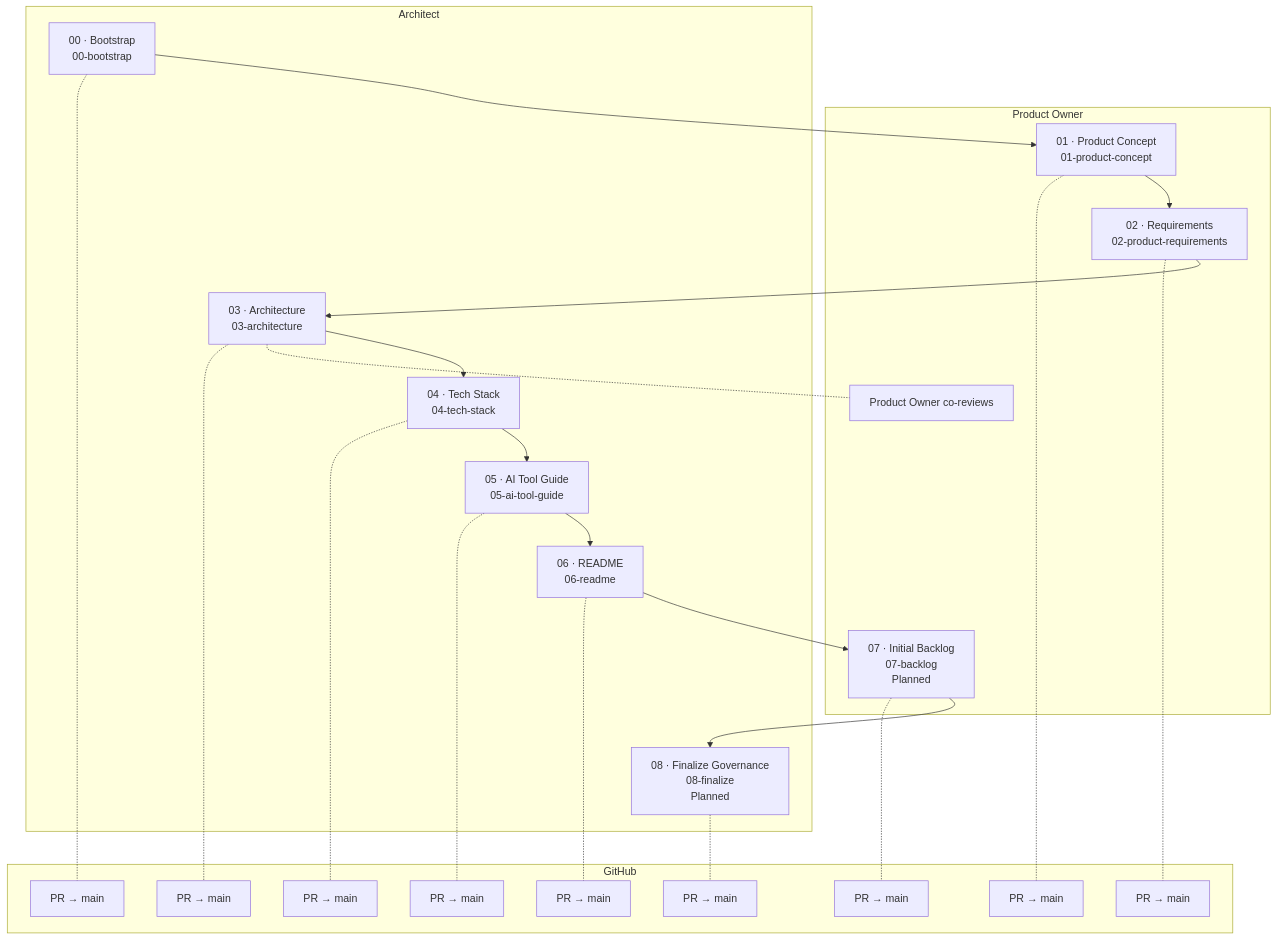
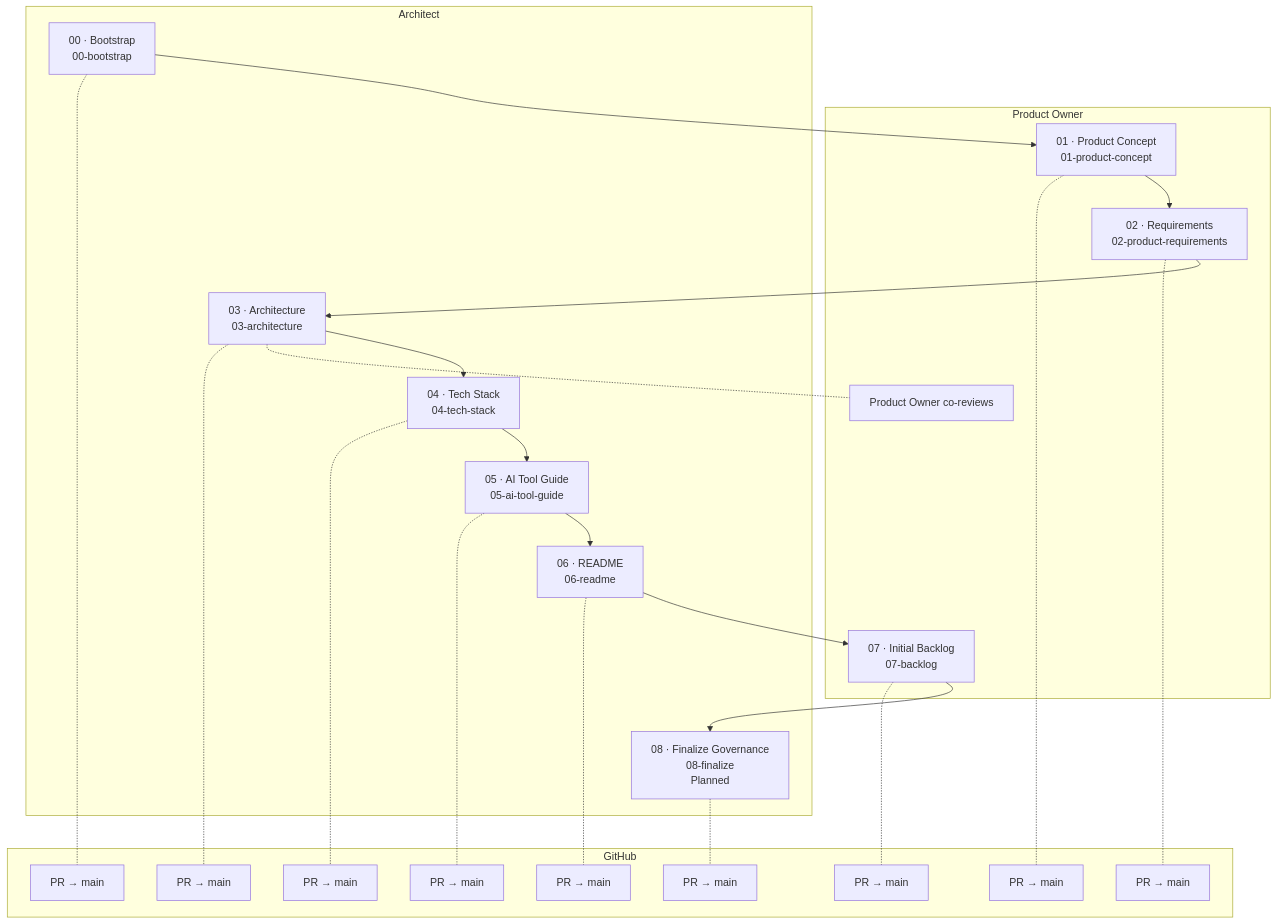
The first of 3 diagrams in docs/guides/Cuevik-Plugins_Walkthrough.md (viralparikh-dev/cuevik-plugins), drawn with Mermaid before and after one commit. The commit also changed other lines of this file and 12 other files, not shown here.

````diff
--- a/docs/guides/Cuevik-Plugins_Walkthrough.md
+++ b/docs/guides/Cuevik-Plugins_Walkthrough.md
@@ -80,46 +80,46 @@
 ```mermaid
 flowchart TB
   subgraph PO["Product Owner"]
     M1["01 · Product Concept<br/>01-product-concept"]
     M2["02 · Requirements<br/>02-product-requirements"]
     S3_1["Product Owner co-reviews"]
-    M7["07 · Initial Backlog<br/>07-backlog<br/>Planned"]
+    M7["07 · Initial Backlog<br/>07-backlog"]
   end
   subgraph AR["Architect"]
     M0["00 · Bootstrap<br/>00-bootstrap"]
     M3["03 · Architecture<br/>03-architecture"]
     M4["04 · Tech Stack<br/>04-tech-stack"]
     M5["05 · AI Tool Guide<br/>05-ai-tool-guide"]
     M6["06 · README<br/>06-readme"]
     M8["08 · Finalize Governance<br/>08-finalize<br/>Planned"]
   end
   subgraph GH["GitHub"]
     S0_0["PR → main"]
     S1_0["PR → main"]
     S2_0["PR → main"]
     S3_0["PR → main"]
     S4_0["PR → main"]
     S5_0["PR → main"]
     S6_0["PR → main"]
     S7_0["PR → main"]
     S8_0["PR → main"]
   end
   M0 -.- S0_0
   M0 --> M1
   M1 -.- S1_0
   M1 --> M2
   M2 -.- S2_0
   M2 --> M3
   M3 -.- S3_0
   M3 -.- S3_1
   M3 --> M4
   M4 -.- S4_0
   M4 --> M5
   M5 -.- S5_0
   M5 --> M6
   M6 -.- S6_0
   M6 --> M7
   M7 -.- S7_0
   M7 --> M8
   M8 -.- S8_0
 ```
````
